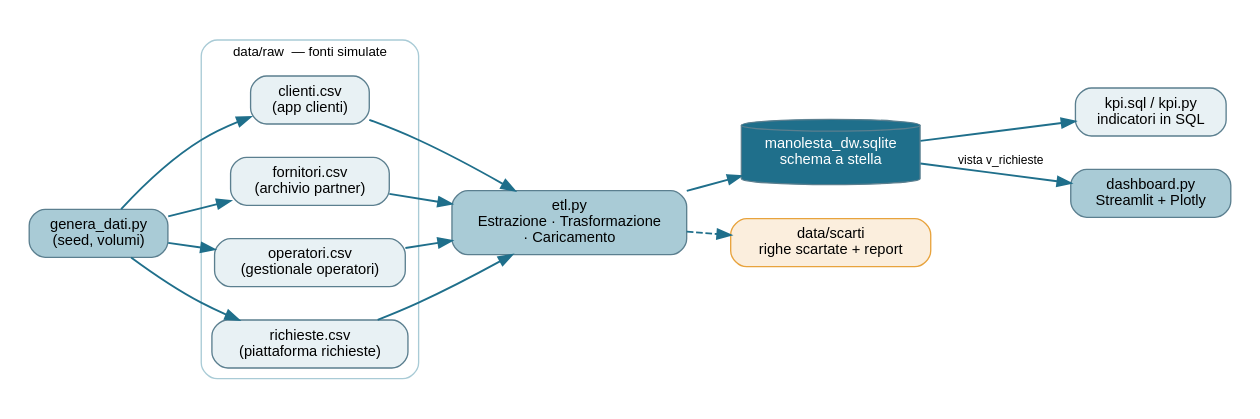
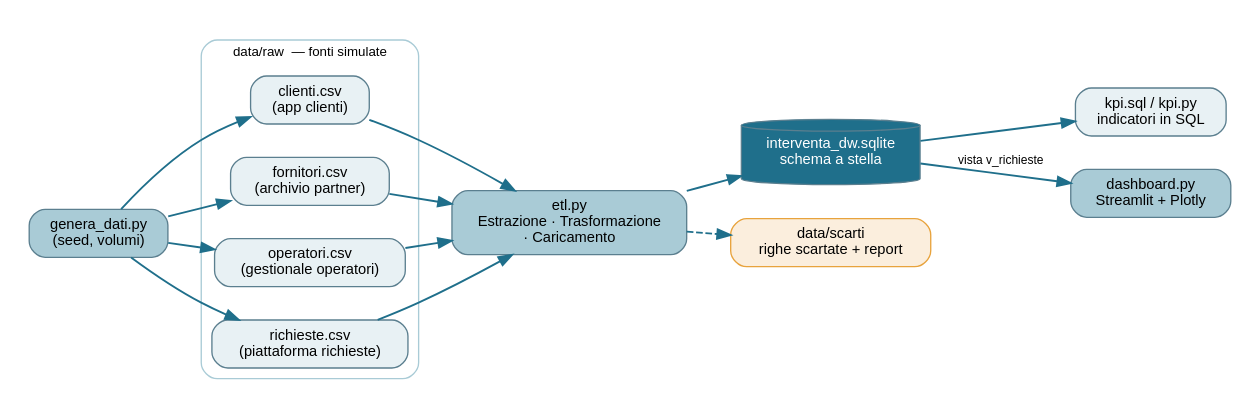
The diagram in docs/flusso_dati.dot (ChiccoHD/pw21-interventa), drawn with Graphviz before and after one commit. The commit also changed 20 other files, not shown here.

```diff
--- a/docs/flusso_dati.dot
+++ b/docs/flusso_dati.dot
@@ -1,14 +1,14 @@
 digraph flusso {
   rankdir=LR; bgcolor=white; pad=0.2; nodesep=0.35; ranksep=0.45;
   node [shape=box, style="rounded,filled", fontname="Helvetica", fontsize=11, color="#5b7f8f", fillcolor="#e8f1f4", margin="0.15,0.08"];
   edge [color="#1f6f8b", penwidth=1.4, fontname="Helvetica", fontsize=9];
   gen [label="genera_dati.py\n(seed, volumi)", fillcolor="#a9cbd6"];
   subgraph cluster_csv { label="data/raw  — fonti simulate"; fontname="Helvetica"; fontsize=10; color="#a9cbd6"; style=rounded;
     c1 [label="clienti.csv\n(app clienti)"]; c2 [label="fornitori.csv\n(archivio partner)"];
     c3 [label="operatori.csv\n(gestionale operatori)"]; c4 [label="richieste.csv\n(piattaforma richieste)"]; }
   etl [label="etl.py\nEstrazione · Trasformazione\n· Caricamento", fillcolor="#a9cbd6"];
-  dw [label="manolesta_dw.sqlite\nschema a stella", shape=cylinder, fillcolor="#1f6f8b", fontcolor=white];
+  dw [label="interventa_dw.sqlite\nschema a stella", shape=cylinder, fillcolor="#1f6f8b", fontcolor=white];
   sc [label="data/scarti\nrighe scartate + report", fillcolor="#fbeedd", color="#e8a33d"];
   kpi [label="kpi.sql / kpi.py\nindicatori in SQL"]; dash [label="dashboard.py\nStreamlit + Plotly", fillcolor="#a9cbd6"];
   gen -> {c1 c2 c3 c4}; {c1 c2 c3 c4} -> etl; etl -> dw; etl -> sc [style=dashed]; dw -> kpi; dw -> dash [label="vista v_richieste"];
 }
```
